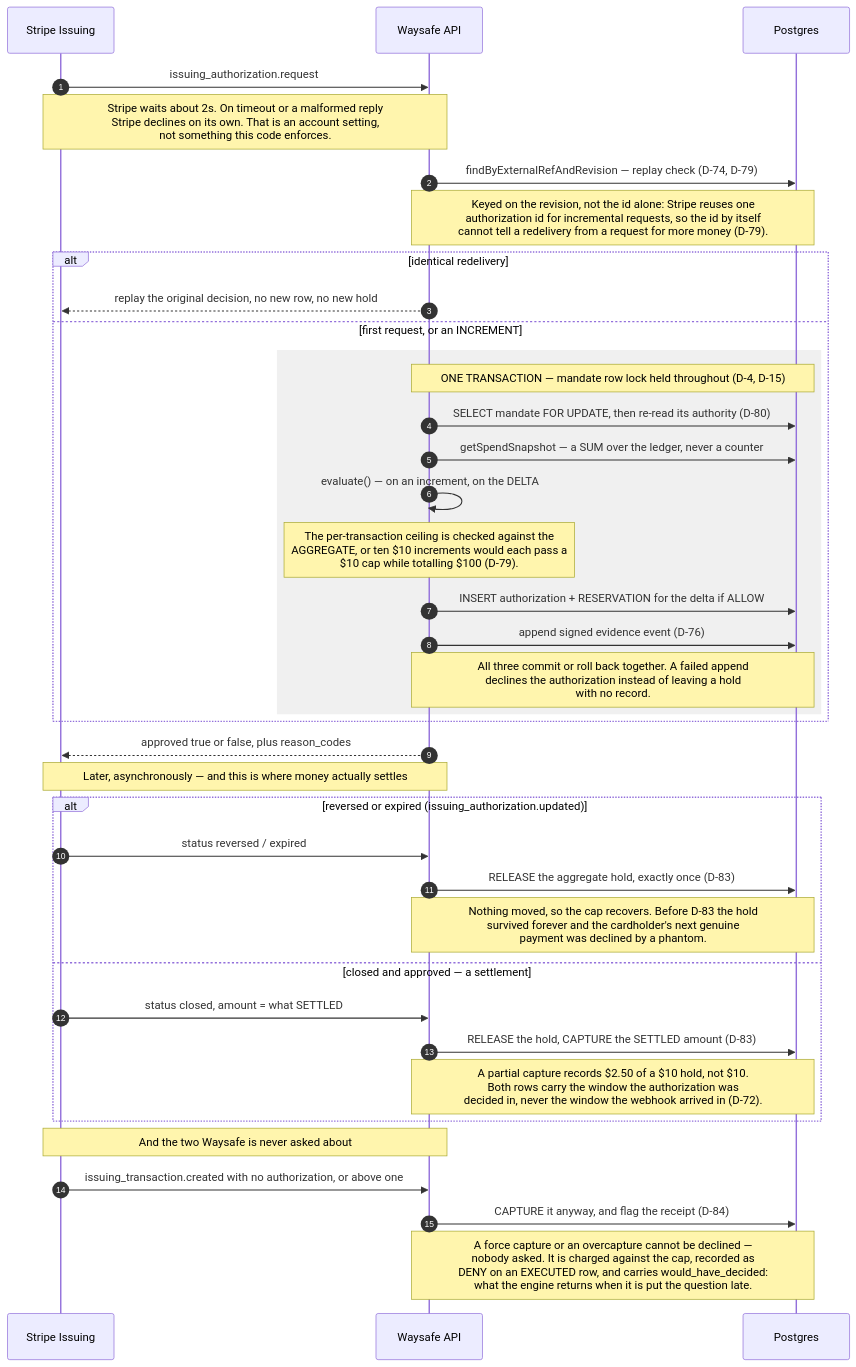
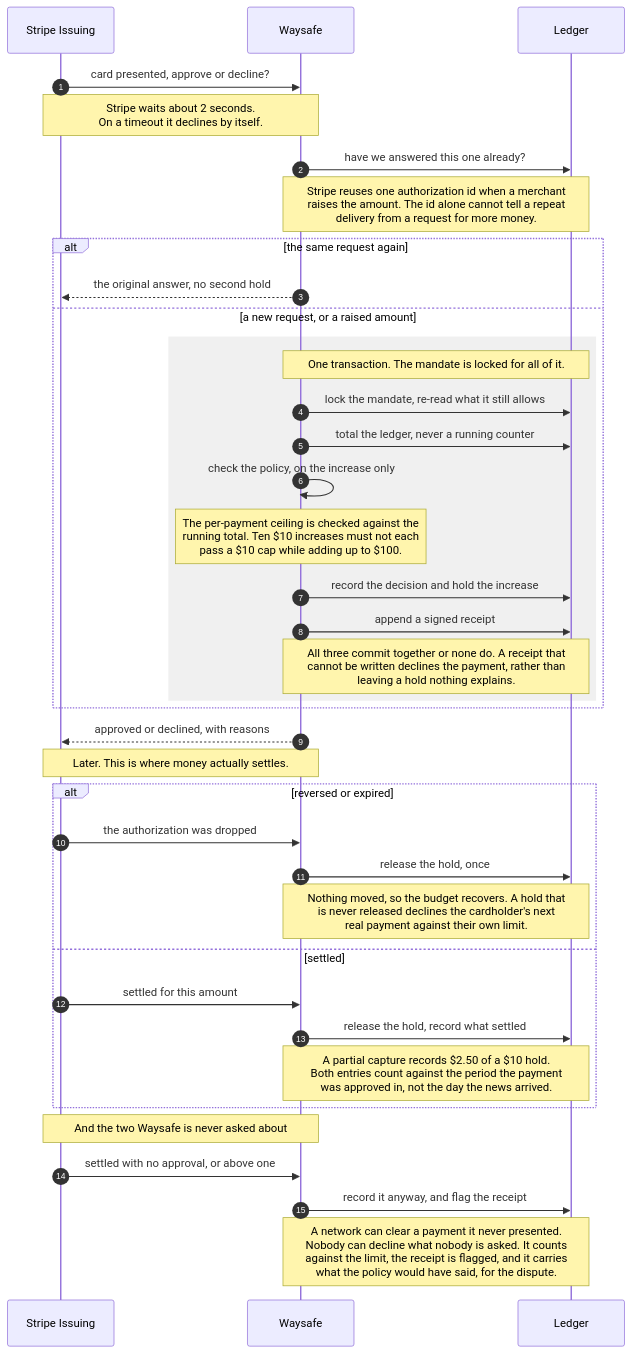
The second of 5 diagrams in docs/THREAT-MODEL.md (getwaysafe/waysafe), drawn with Mermaid before and after one commit. The commit also changed other lines of this file and 26 other files, not shown here.

````diff
--- a/docs/THREAT-MODEL.md
+++ b/docs/THREAT-MODEL.md
@@ -48,45 +50,45 @@
 ```mermaid
 sequenceDiagram
     autonumber
     participant S as Stripe Issuing
-    participant W as Waysafe API
-    participant DB as Postgres
+    participant W as Waysafe
+    participant DB as Ledger
 
-    S->>W: issuing_authorization.request
-    Note over S,W: Stripe waits about 2s. On timeout or a malformed reply<br/>Stripe declines on its own. That is an account setting,<br/>not something this code enforces.
+    S->>W: card presented, approve or decline?
+    Note over S,W: Stripe waits about 2 seconds.<br/>On a timeout it declines by itself.
 
-    W->>DB: findByExternalRefAndRevision — replay check (D-74, D-79)
-    Note over W,DB: Keyed on the revision, not the id alone: Stripe reuses one<br/>authorization id for incremental requests, so the id by itself<br/>cannot tell a redelivery from a request for more money (D-79).
-    alt identical redelivery
-        W-->>S: replay the original decision, no new row, no new hold
-    else first request, or an INCREMENT
+    W->>DB: have we answered this one already?
+    Note over W,DB: Stripe reuses one authorization id when a merchant<br/>raises the amount. The id alone cannot tell a repeat<br/>delivery from a request for more money.
+    alt the same request again
+        W-->>S: the original answer, no second hold
+    else a new request, or a raised amount
         rect rgba(128,128,128,0.12)
-            Note over W,DB: ONE TRANSACTION — mandate row lock held throughout (D-4, D-15)
-            W->>DB: SELECT mandate FOR UPDATE, then re-read its authority (D-80)
-            W->>DB: getSpendSnapshot — a SUM over the ledger, never a counter
-            W->>W: evaluate() — on an increment, on the DELTA
-            Note over W,W: The per-transaction ceiling is checked against the<br/>AGGREGATE, or ten $10 increments would each pass a<br/>$10 cap while totalling $100 (D-79).
-            W->>DB: INSERT authorization + RESERVATION for the delta if ALLOW
-            W->>DB: append signed evidence event (D-76)
-            Note over W,DB: All three commit or roll back together. A failed append<br/>declines the authorization instead of leaving a hold<br/>with no record.
+            Note over W,DB: One transaction. The mandate is locked for all of it.
+            W->>DB: lock the mandate, re-read what it still allows
+            W->>DB: total the ledger, never a running counter
+            W->>W: check the policy, on the increase only
+            Note over W,W: The per-payment ceiling is checked against the<br/>running total. Ten $10 increases must not each<br/>pass a $10 cap while adding up to $100.
+            W->>DB: record the decision and hold the increase
+            W->>DB: append a signed receipt
+            Note over W,DB: All three commit together or none do. A receipt that<br/>cannot be written declines the payment, rather than<br/>leaving a hold nothing explains.
         end
     end
 
-    W-->>S: approved true or false, plus reason_codes
+    W-->>S: approved or declined, with reasons
 
-    Note over S,W: Later, asynchronously — and this is where money actually settles
-    alt reversed or expired (issuing_authorization.updated)
-        S->>W: status reversed / expired
-        W->>DB: RELEASE the aggregate hold, exactly once (D-83)
-        Note over W,DB: Nothing moved, so the cap recovers. Before D-83 the hold<br/>survived forever and the cardholder's next genuine<br/>payment was declined by a phantom.
-    else closed and approved — a settlement
-        S->>W: status closed, amount = what SETTLED
-        W->>DB: RELEASE the hold, CAPTURE the SETTLED amount (D-83)
-        Note over W,DB: A partial capture records $2.50 of a $10 hold, not $10.<br/>Both rows carry the window the authorization was<br/>decided in, never the window the webhook arrived in (D-72).
+    Note over S,W: Later. This is where money actually settles.
+    alt reversed or expired
+        S->>W: the authorization was dropped
+        W->>DB: release the hold, once
+        Note over W,DB: Nothing moved, so the budget recovers. A hold that<br/>is never released declines the cardholder's next<br/>real payment against their own limit.
+    else settled
+        S->>W: settled for this amount
+        W->>DB: release the hold, record what settled
+        Note over W,DB: A partial capture records $2.50 of a $10 hold.<br/>Both entries count against the period the payment<br/>was approved in, not the day the news arrived.
     end
 
     Note over S,W: And the two Waysafe is never asked about
-    S->>W: issuing_transaction.created with no authorization, or above one
-    W->>DB: CAPTURE it anyway, and flag the receipt (D-84)
-    Note over W,DB: A force capture or an overcapture cannot be declined —<br/>nobody asked. It is charged against the cap, recorded as<br/>DENY on an EXECUTED row, and carries would_have_decided:<br/>what the engine returns when it is put the question late.
+    S->>W: settled with no approval, or above one
+    W->>DB: record it anyway, and flag the receipt
+    Note over W,DB: A network can clear a payment it never presented.<br/>Nobody can decline what nobody is asked. It counts<br/>against the limit, the receipt is flagged, and it carries<br/>what the policy would have said, for the dispute.
 ```
````
